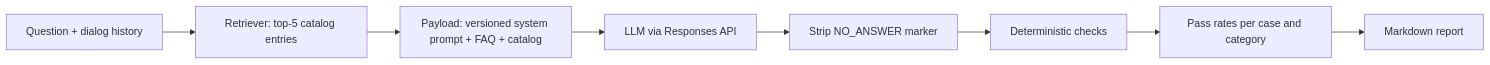
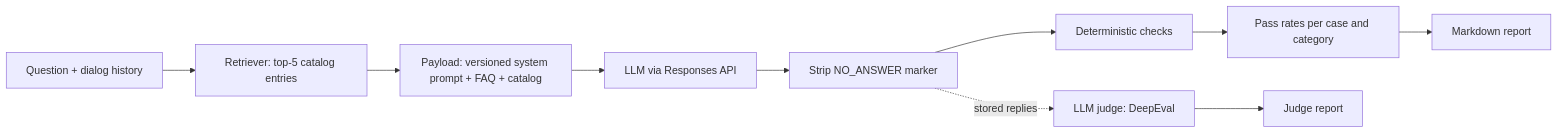
Before and after one commit to Nillo25/llm-sales-assistant-evals: the diagram in README.md, drawn with Mermaid. The commit also changed other lines of this file and 1 other file, not shown here.

First line of the commit message:
Add the judge report on the baseline and document the judge

````diff
--- a/README.md
+++ b/README.md
@@ -13,10 +13,12 @@
 ```mermaid
 flowchart LR
     Q[Question + dialog history] --> R[Retriever: top-5 catalog entries]
     R --> P[Payload: versioned system prompt + FAQ + catalog]
     P --> M[LLM via Responses API]
     M --> S[Strip NO_ANSWER marker]
     S --> C[Deterministic checks]
     C --> A[Pass rates per case and category]
     A --> MD[Markdown report]
+    S -. stored replies .-> J[LLM judge: DeepEval]
+    J --> JR[Judge report]
 ```
````
